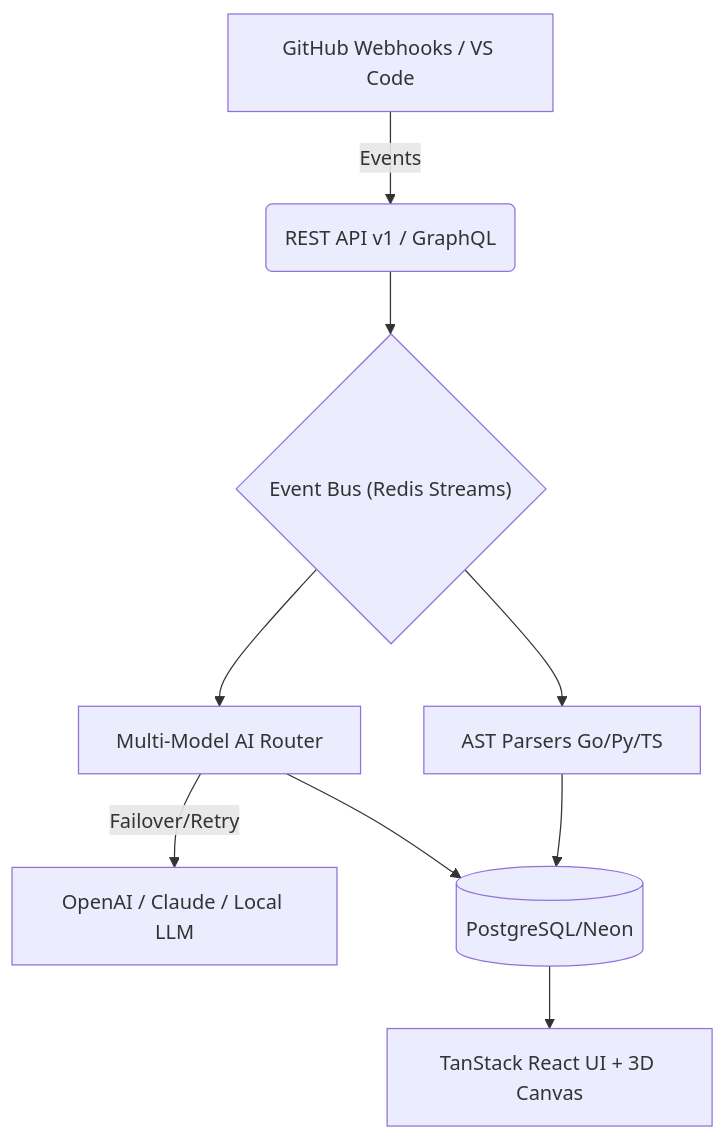
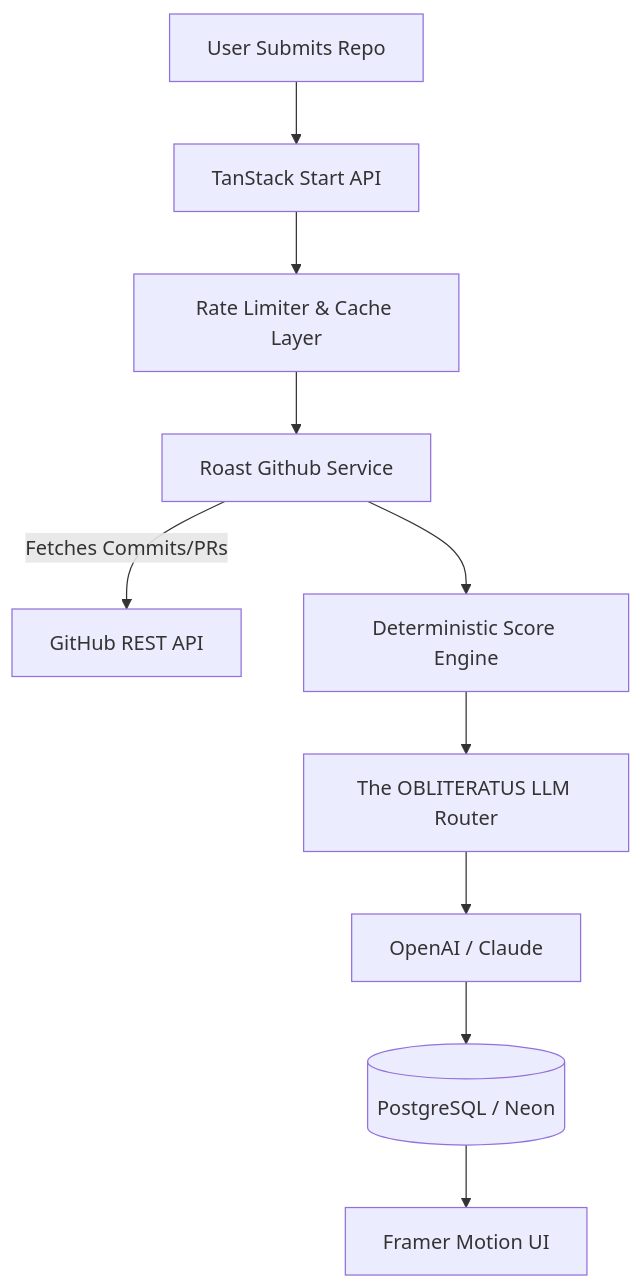
One commit to bansalbhunesh/devbrand changed the diagram in README.md. Above: the diagram before and after it, drawn with Mermaid. The commit also changed other lines of this file and 1827 other files, not shown here.

Commit message:
feat: pivot to Judgment Engine (Repo Roast)

````diff
--- a/README.md
+++ b/README.md
@@ -42,11 +41,12 @@
 ```mermaid
 graph TD
-    A["GitHub Webhooks / VS Code"] -->|Events| B("REST API v1 / GraphQL")
-    B --> C{"Event Bus (Redis Streams)"}
-    C --> D["Multi-Model AI Router"]
-    D -->|Failover/Retry| E["OpenAI / Claude / Local LLM"]
-    C --> F["AST Parsers Go/Py/TS"]
-    F --> G[("PostgreSQL/Neon")]
-    D --> G
-    G --> H["TanStack React UI + 3D Canvas"]
+    A[User Submits Repo] --> B[TanStack Start API]
+    B --> C[Rate Limiter & Cache Layer]
+    C --> D[Roast Github Service]
+    D -->|Fetches Commits/PRs| E[GitHub REST API]
+    D --> F[Deterministic Score Engine]
+    F --> G[The OBLITERATUS LLM Router]
+    G --> H[OpenAI / Claude]
+    H --> I[(PostgreSQL / Neon)]
+    I --> J[Framer Motion UI]
 ```
````
